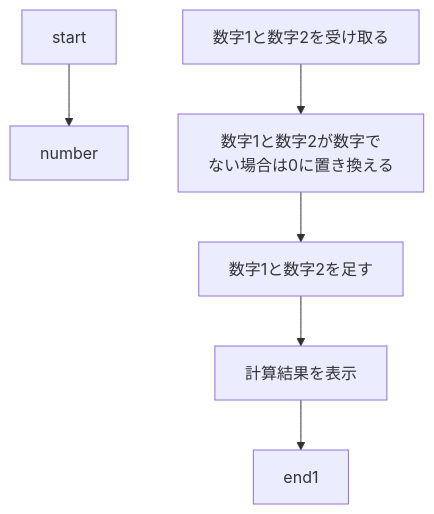
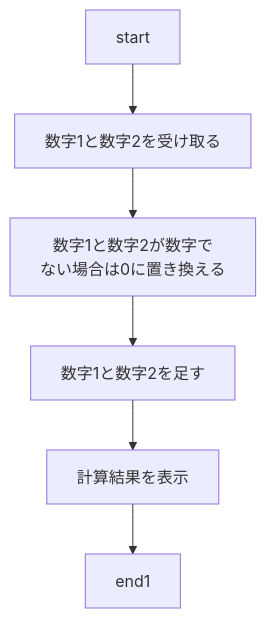
Before and after one commit to konouekenyu/webpro_06: the third of 3 diagrams in README.md, drawn with Mermaid.

Commit message:
README.md

````diff
--- a/README.md
+++ b/README.md
@@ -51,10 +51,10 @@
 ```mermaid
 flowchart TD;
 
-start --> number
-A["数字1と数字2を受け取る"] --> B["数字1と数字2が数字で
+start --> A["数字1と数字2を受け取る"];
+A --> B["数字1と数字2が数字で
 ない場合は0に置き換える"];
 B --> C["数字1と数字2を足す"];
 C --> D["計算結果を表示"];
 D --> end1
 ```
````
